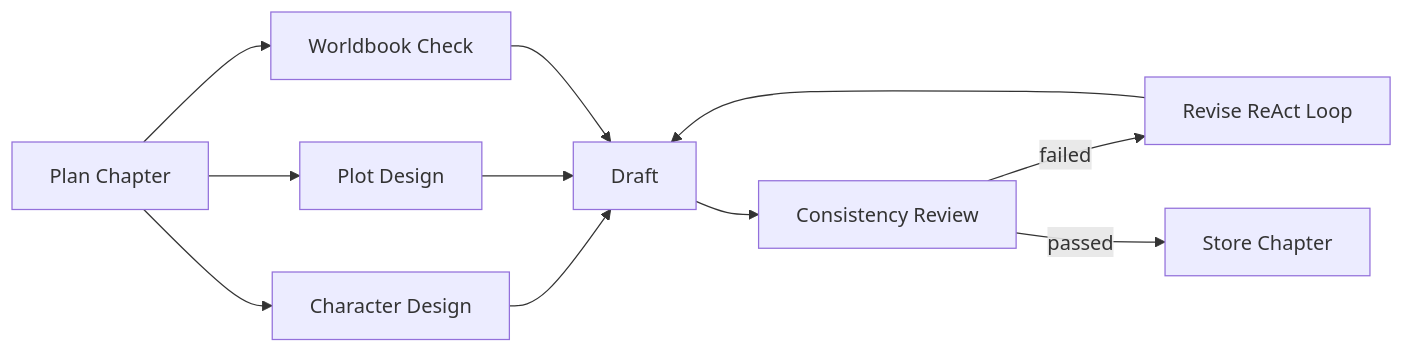
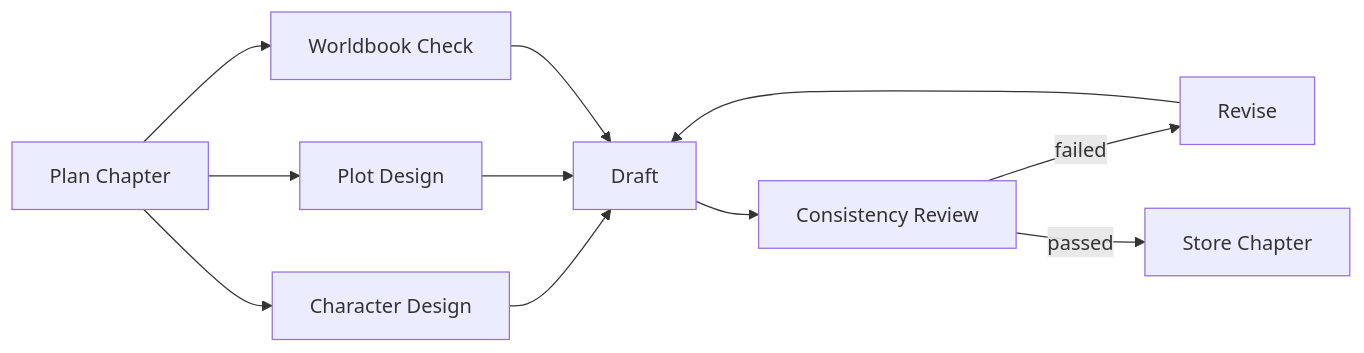
The first of 2 diagrams in README.md (wanghaoyi216/Mowen-AI-Editor), drawn with Mermaid before and after one commit. The commit also changed other lines of this file, not shown here.

Commit message:
docs: README 修复图片/mermaid/布局问题

````diff
--- a/README.md
+++ b/README.md
@@ -98,13 +67,13 @@
 ```mermaid
-graph LR
+flowchart LR
     A[Plan Chapter] --> B[Character Design]
     A --> C[Plot Design]
     A --> D[Worldbook Check]
     B --> E[Draft]
     C --> E
     D --> E
     E --> F[Consistency Review]
-    F -->|failed| G[Revise ReAct Loop]
+    F -->|failed| G[Revise]
     G --> E
     F -->|passed| H[Store Chapter]
 ```
````
